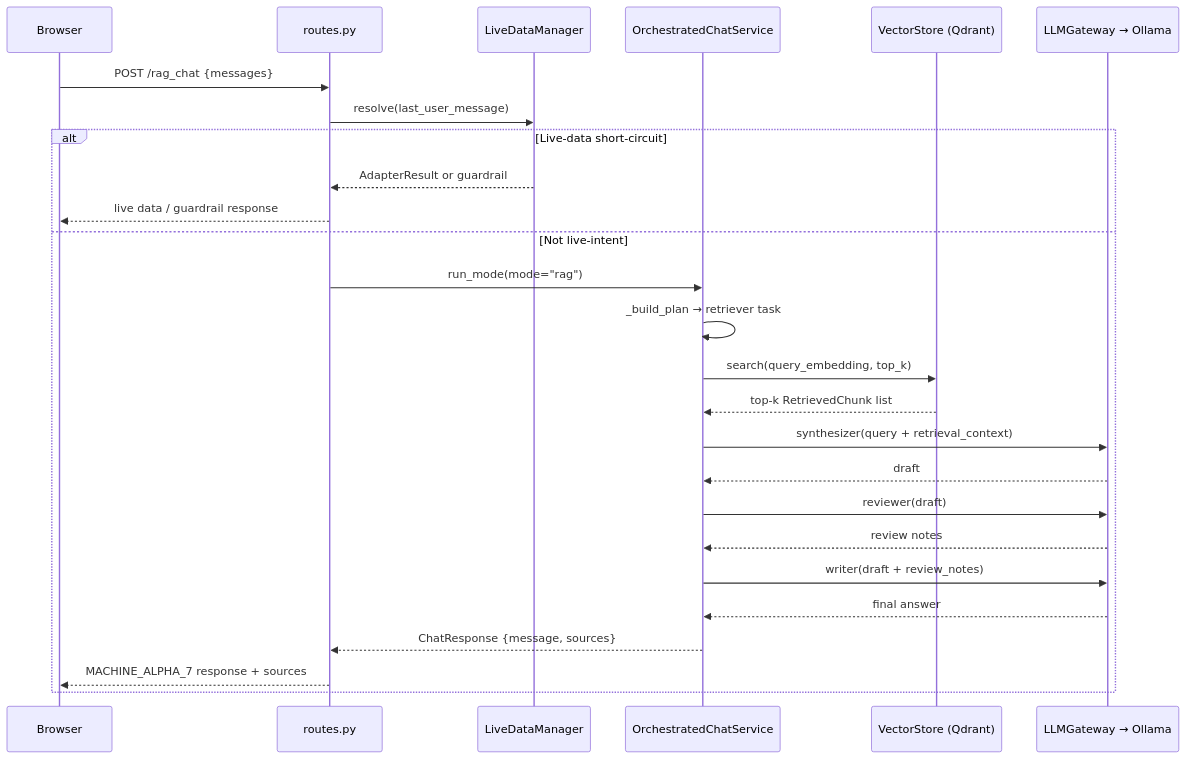
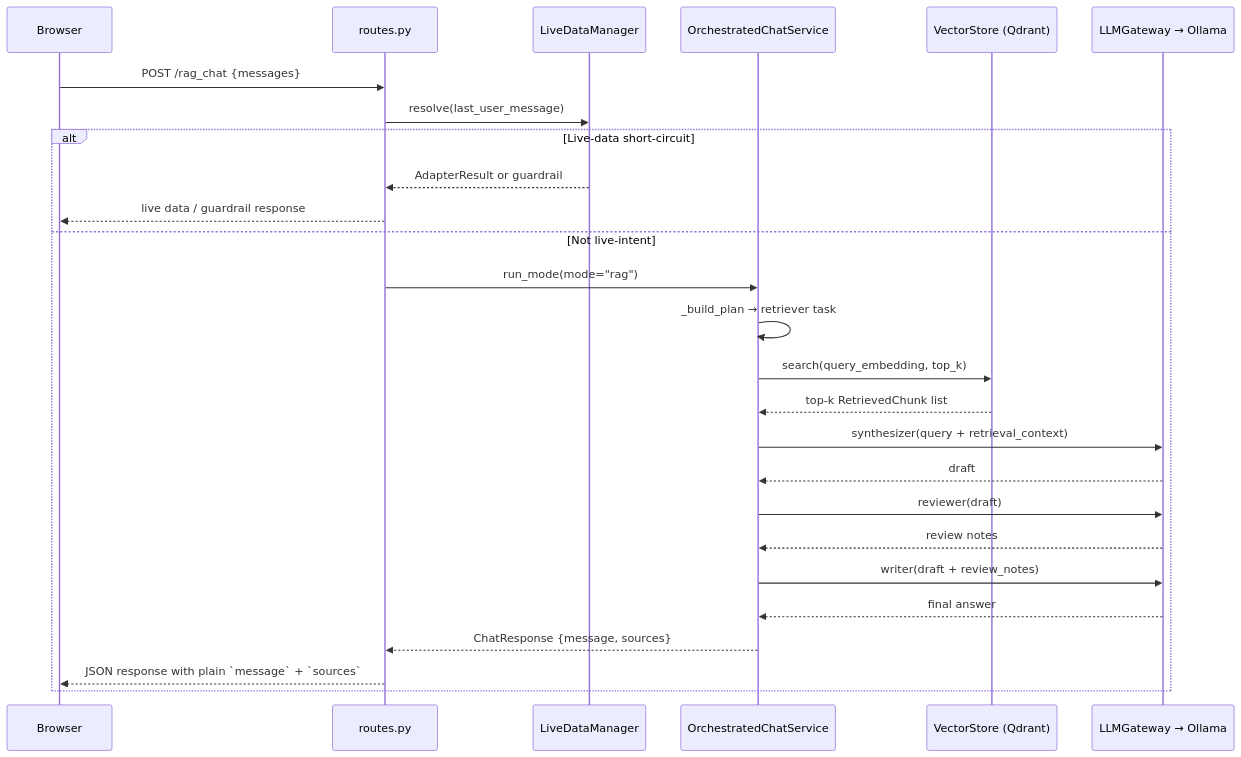
The fourth of 12 diagrams in docs/architecture.md (sreeram843/personal-ai), drawn with Mermaid before and after one commit. The commit also changed other lines of this file and 3765 other files, not shown here.

````diff
--- a/docs/architecture.md
+++ b/docs/architecture.md
@@ -157,29 +157,29 @@
 ```mermaid
 sequenceDiagram
     participant Browser
     participant Routes as routes.py
     participant LD as LiveDataManager
     participant Orch as OrchestratedChatService
     participant QD as VectorStore (Qdrant)
     participant LLM as LLMGateway → Ollama
 
     Browser->>Routes: POST /rag_chat {messages}
     Routes->>LD: resolve(last_user_message)
     alt Live-data short-circuit
         LD-->>Routes: AdapterResult or guardrail
         Routes-->>Browser: live data / guardrail response
     else Not live-intent
         Routes->>Orch: run_mode(mode="rag")
         Orch->>Orch: _build_plan → retriever task
         Orch->>QD: search(query_embedding, top_k)
         QD-->>Orch: top-k RetrievedChunk list
         Orch->>LLM: synthesizer(query + retrieval_context)
         LLM-->>Orch: draft
         Orch->>LLM: reviewer(draft)
         LLM-->>Orch: review notes
         Orch->>LLM: writer(draft + review_notes)
         LLM-->>Orch: final answer
         Orch-->>Routes: ChatResponse {message, sources}
-        Routes-->>Browser: MACHINE_ALPHA_7 response + sources
+        Routes-->>Browser: JSON response with plain `message` + `sources`
     end
 ```
````
